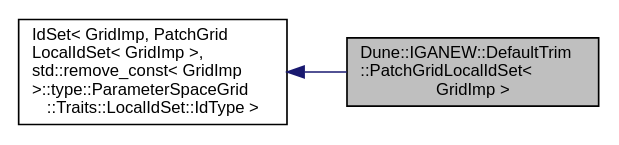
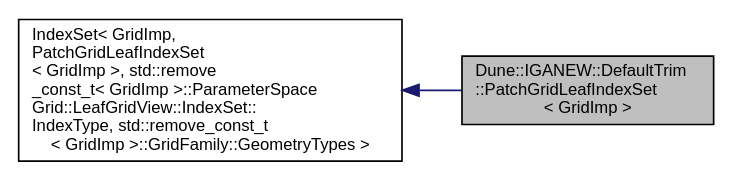
Before and after one commit to rath3t/dune-iga-doc: the diagram in d1/d62/a01533.dot, drawn with Graphviz. The commit also changed 754 other files, not shown here.

```diff
--- a/d1/d62/a01533.dot
+++ b/d1/d62/a01533.dot
@@ -1,10 +1,10 @@
-digraph "Dune::IGANEW::DefaultTrim::PatchGridLocalIdSet&lt; GridImp &gt;"
+digraph "Dune::IGANEW::DefaultTrim::PatchGridLeafIndexSet&lt; GridImp &gt;"
 {
  // LATEX_PDF_SIZE
   edge [fontname="Helvetica",fontsize="10",labelfontname="Helvetica",labelfontsize="10"];
   node [fontname="Helvetica",fontsize="10",shape=record];
   rankdir="LR";
-  Node1 [label="Dune::IGANEW::DefaultTrim\l::PatchGridLocalIdSet\<\l GridImp \>",height=0.2,width=0.4,color="black", fillcolor="grey75", style="filled", fontcolor="black",tooltip=" "];
+  Node1 [label="Dune::IGANEW::DefaultTrim\l::PatchGridLeafIndexSet\l\< GridImp \>",height=0.2,width=0.4,color="black", fillcolor="grey75", style="filled", fontcolor="black",tooltip=" "];
   Node2 -> Node1 [dir="back",color="midnightblue",fontsize="10",style="solid",fontname="Helvetica"];
-  Node2 [label="IdSet\< GridImp, PatchGrid\lLocalIdSet\< GridImp \>,\l std::remove_const\< GridImp\l \>::type::ParameterSpaceGrid\l::Traits::LocalIdSet::IdType \>",height=0.2,width=0.4,color="black", fillcolor="white", style="filled",tooltip=" "];
+  Node2 [label="IndexSet\< GridImp,\l PatchGridLeafIndexSet\l\< GridImp \>, std::remove\l_const_t\< GridImp \>::ParameterSpace\lGrid::LeafGridView::IndexSet::\lIndexType, std::remove_const_t\l\< GridImp \>::GridFamily::GeometryTypes \>",height=0.2,width=0.4,color="black", fillcolor="white", style="filled",tooltip=" "];
 }
```
